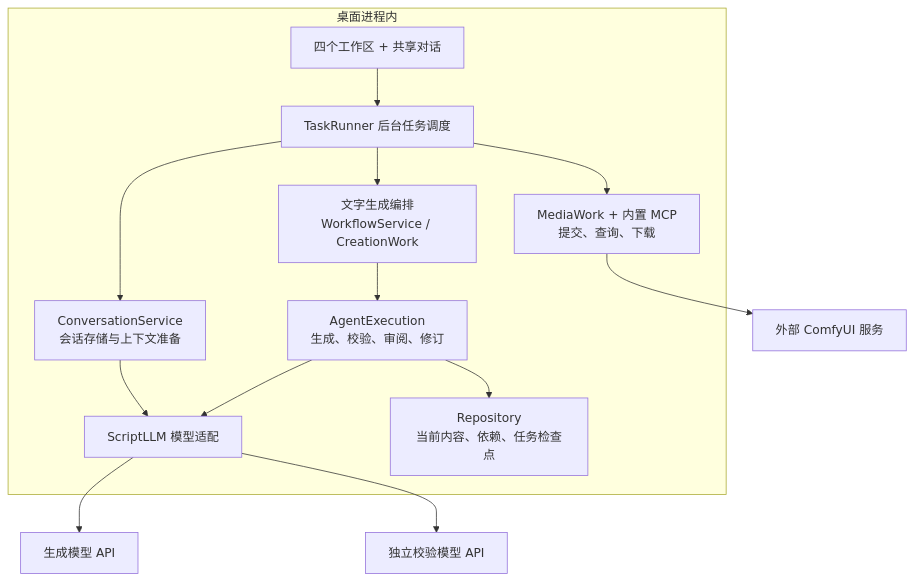
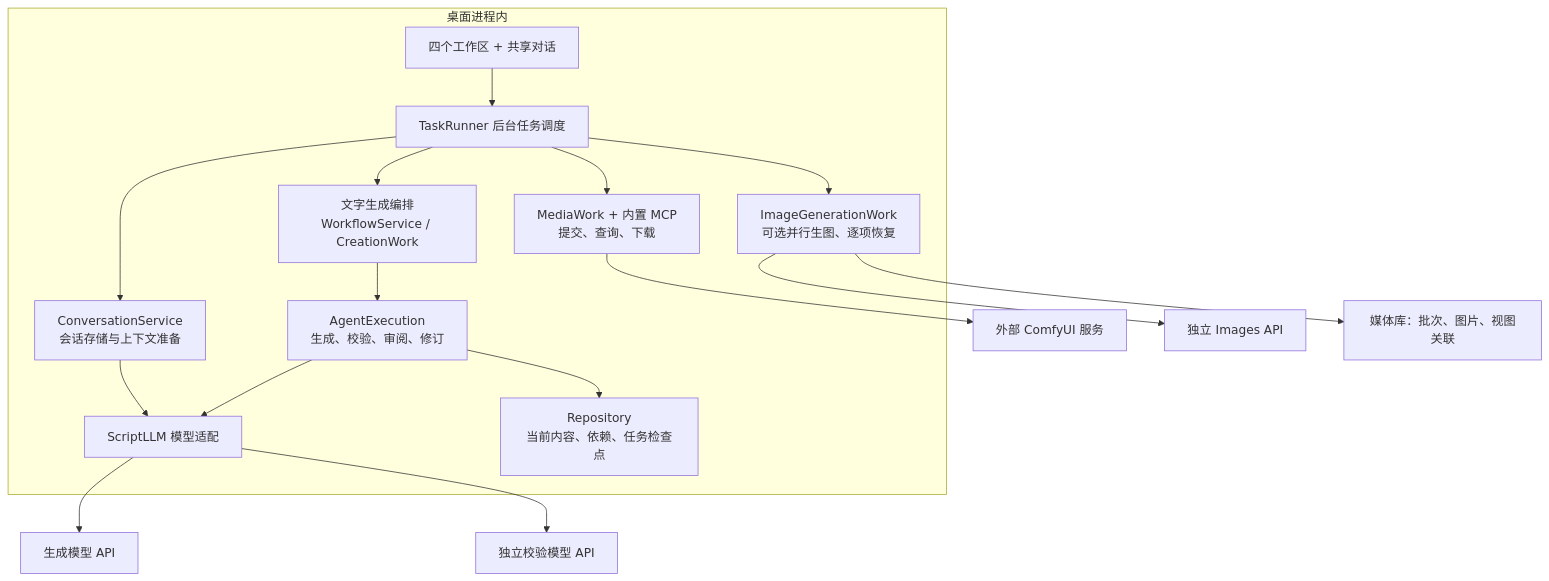
The first of 3 diagrams in docs/short_video/architecture.md (thisHobart/NovelWriter), drawn with Mermaid before and after one commit. The commit also changed other lines of this file and 22 other files, not shown here.

````diff
--- a/docs/short_video/architecture.md
+++ b/docs/short_video/architecture.md
@@ -10,16 +10,19 @@
 ```mermaid
 flowchart TB
     subgraph APP[桌面进程内]
         UI[四个工作区 + 共享对话] --> TASK[TaskRunner 后台任务调度]
         TASK --> TEXT[文字生成编排<br/>WorkflowService / CreationWork]
         TEXT --> LOOP[AgentExecution<br/>生成、校验、审阅、修订]
         LOOP --> MODEL[ScriptLLM 模型适配]
         LOOP --> STORE[Repository<br/>当前内容、依赖、任务检查点]
         TASK --> CHAT[ConversationService<br/>会话存储与上下文准备]
         CHAT --> MODEL
         TASK --> MEDIA[MediaWork + 内置 MCP<br/>提交、查询、下载]
+        TASK --> IMAGE[ImageGenerationWork<br/>可选并行生图、逐项恢复]
     end
     MODEL --> LLM[生成模型 API]
     MODEL --> REVIEW[独立校验模型 API]
     MEDIA --> COMFY[外部 ComfyUI 服务]
+    IMAGE --> IMAGE_API[独立 Images API]
+    IMAGE --> IMAGE_STORE[媒体库：批次、图片、视图关联]
 ```
````
